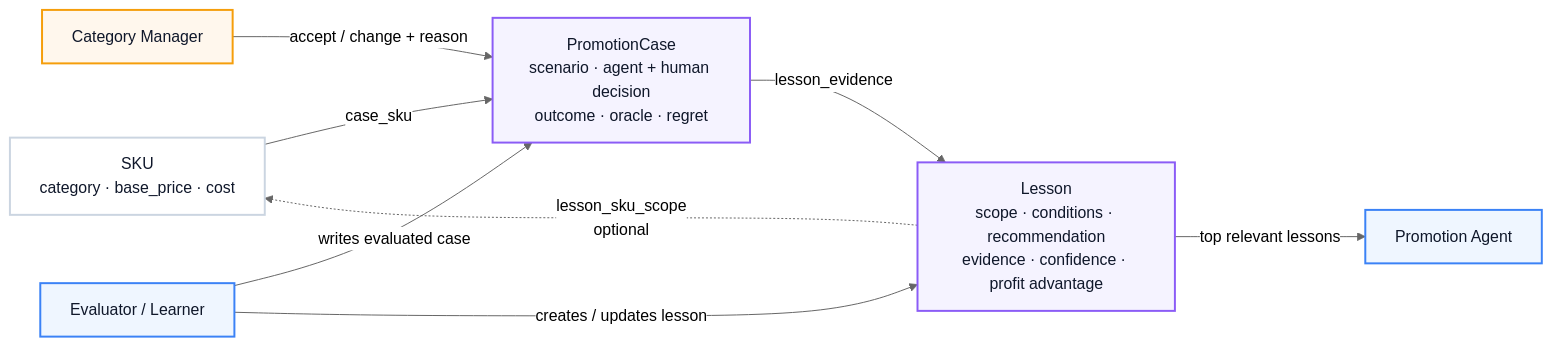
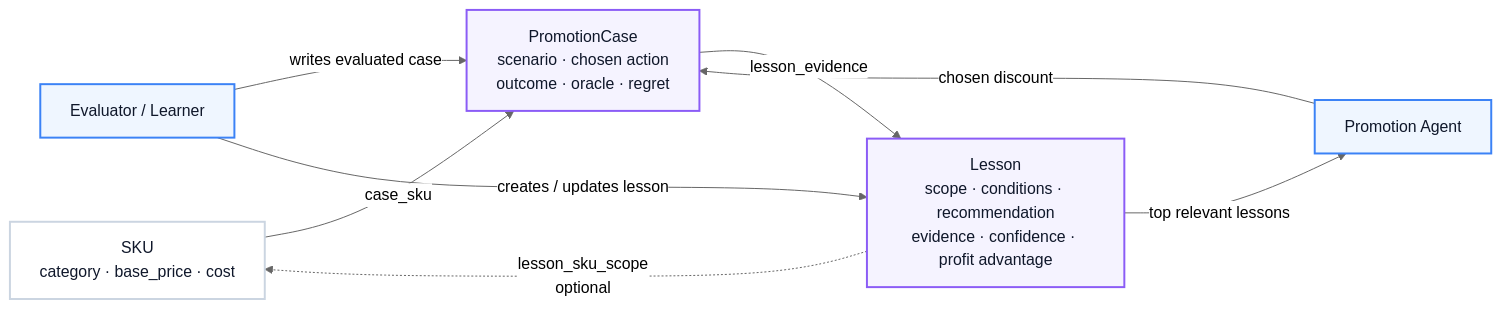
One commit to podlodka-ai-club/snowball changed the diagram in docs/xmemory/schema.mmd. Above: the diagram before and after it, drawn with Mermaid (neutral theme).

Commit message:
Remove human actor from xmemory diagram

```diff
--- a/docs/xmemory/schema.mmd
+++ b/docs/xmemory/schema.mmd
@@ -1,23 +1,21 @@
 flowchart LR
     S["SKU\ncategory · base_price · cost"]
-    C["PromotionCase\nscenario · agent + human decision\noutcome · oracle · regret"]
+    C["PromotionCase\nscenario · chosen action\noutcome · oracle · regret"]
     L["Lesson\nscope · conditions · recommendation\nevidence · confidence · profit advantage"]
 
     S -->|case_sku| C
     C -->|lesson_evidence| L
     L -.->|lesson_sku_scope\noptional| S
 
-    H["Category Manager"] -->|accept / change + reason| C
     E["Evaluator / Learner"] -->|writes evaluated case| C
     E -->|creates / updates lesson| L
     L -->|top relevant lessons| A["Promotion Agent"]
+    A -->|chosen discount| C
 
     classDef entity fill:#ffffff,stroke:#cbd5e1,stroke-width:2px,color:#0f172a;
     classDef memory fill:#f5f3ff,stroke:#8b5cf6,stroke-width:2px,color:#0f172a;
     classDef actor fill:#eff6ff,stroke:#3b82f6,stroke-width:2px,color:#0f172a;
-    classDef human fill:#fff7ed,stroke:#f59e0b,stroke-width:2px,color:#0f172a;
 
     class S entity;
     class C,L memory;
     class E,A actor;
-    class H human;
```
